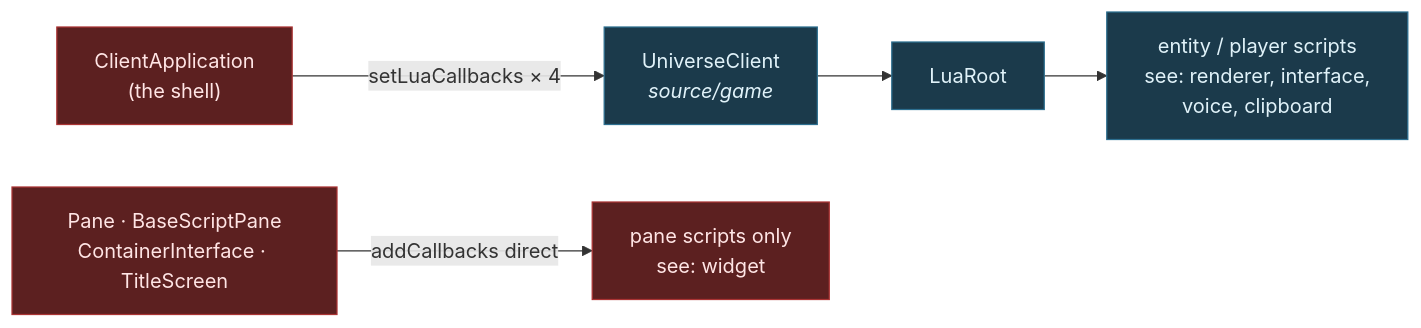
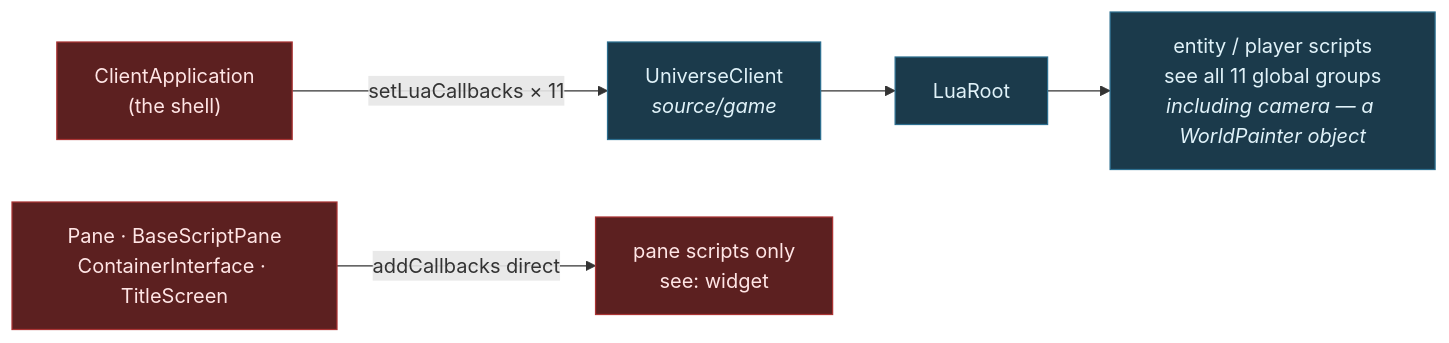
One commit to apnex/OpenStarbound changed the first of 10 diagrams in docs/superpowers/specs/2026-08-01-sovereign-headless-client-design.md. Above: the diagram before and after it, drawn with Mermaid. The commit also changed other lines of this file and 4 other files, not shown here.

````diff
--- a/docs/superpowers/specs/2026-08-01-sovereign-headless-client-design.md
+++ b/docs/superpowers/specs/2026-08-01-sovereign-headless-client-design.md
@@ -245,11 +276,11 @@
 ```mermaid
 flowchart LR
-  Shell["ClientApplication<br/>(the shell)"] -->|"setLuaCallbacks × 4"| UC["UniverseClient<br/><i>source/game</i>"]
+  Shell["ClientApplication<br/>(the shell)"] -->|"setLuaCallbacks × 11"| UC["UniverseClient<br/><i>source/game</i>"]
   UC --> LR["LuaRoot"]
-  LR --> ES["entity / player scripts<br/>see: renderer, interface,<br/>voice, clipboard"]
+  LR --> ES["entity / player scripts<br/>see all 11 global groups<br/><i>including camera — a WorldPainter object</i>"]
   Panes["Pane · BaseScriptPane<br/>ContainerInterface · TitleScreen"] -->|"addCallbacks direct"| PS["pane scripts only<br/>see: widget"]
   classDef game fill:#1b3a4b,stroke:#2c6e8f,color:#e0f2f9
   classDef pres fill:#5c2020,stroke:#a33,color:#ffe5e5
   class UC,LR,ES game
   class Shell,Panes,PS pres
 ```
````
